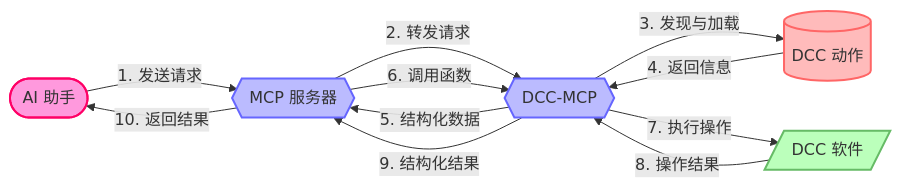
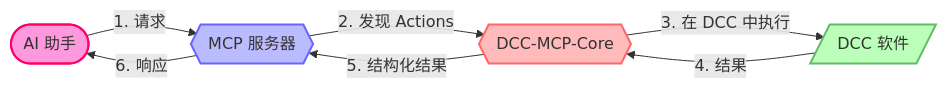
The diagram in docs/zh/guide/what-is-dcc-mcp-core.md (loonghao/dcc-mcp-core), drawn with Mermaid before and after one commit. The commit also changed other lines of this file and 167 other files, not shown here.

````diff
--- a/docs/zh/guide/what-is-dcc-mcp-core.md
+++ b/docs/zh/guide/what-is-dcc-mcp-core.md
@@ -7,24 +9,19 @@
 ```mermaid
 flowchart LR
     AI([AI 助手]):::aiNode
     MCP{{MCP 服务器}}:::serverNode
-    DCCMCP{{DCC-MCP}}:::serverNode
-    Actions[(DCC 动作)]:::actionsNode
+    Core{{DCC-MCP-Core}}:::coreNode
     DCC[/DCC 软件/]:::dccNode
 
-    AI -->|1. 发送请求| MCP
-    MCP -->|2. 转发请求| DCCMCP
-    DCCMCP -->|3. 发现与加载| Actions
-    Actions -->|4. 返回信息| DCCMCP
-    DCCMCP -->|5. 结构化数据| MCP
-    MCP -->|6. 调用函数| DCCMCP
-    DCCMCP -->|7. 执行操作| DCC
-    DCC -->|8. 操作结果| DCCMCP
-    DCCMCP -->|9. 结构化结果| MCP
-    MCP -->|10. 返回结果| AI
+    AI -->|1. 请求| MCP
+    MCP -->|2. 发现 Actions| Core
+    Core -->|3. 在 DCC 中执行| DCC
+    DCC -->|4. 结果| Core
+    Core -->|5. 结构化结果| MCP
+    MCP -->|6. 响应| AI
 
     classDef aiNode fill:#f9d,stroke:#f06,stroke-width:2px,color:#333
     classDef serverNode fill:#bbf,stroke:#66f,stroke-width:2px,color:#333
+    classDef coreNode fill:#fbb,stroke:#f66,stroke-width:2px,color:#333
     classDef dccNode fill:#bfb,stroke:#6b6,stroke-width:2px,color:#333
-    classDef actionsNode fill:#fbb,stroke:#f66,stroke-width:2px,color:#333
 ```
````
